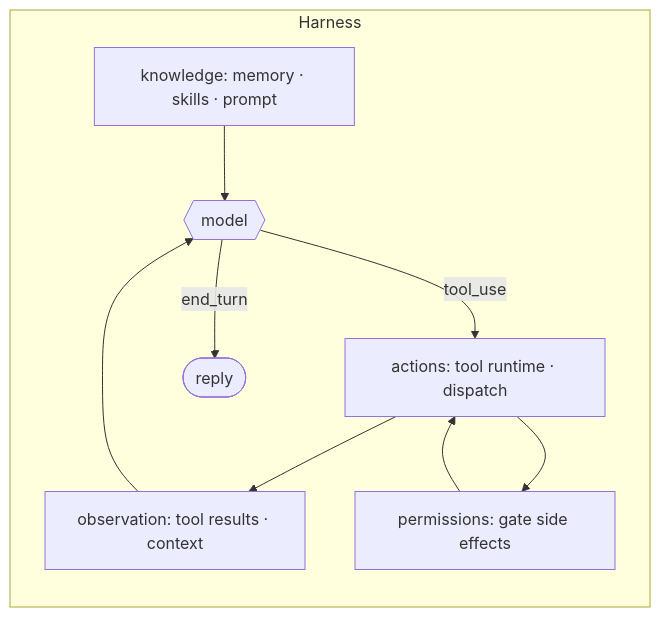
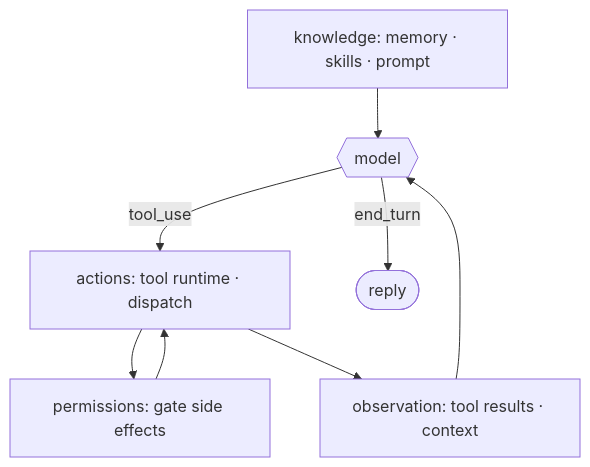
Before and after one commit to hardness1020/awesome-agent-architecture: the diagram in sections/00-harness-thesis/README.md, drawn with Mermaid. The commit also changed other lines of this file and 15 other files, not shown here.

````diff
--- a/sections/00-harness-thesis/README.md
+++ b/sections/00-harness-thesis/README.md
@@ -28,13 +20,10 @@
 ```mermaid
 flowchart TB
-    subgraph Harness
-      direction TB
-      K[knowledge: memory · skills · prompt] --> M
-      O[observation: tool results · context] --> M
-      M{{model}} -->|tool_use| A[actions: tool runtime · dispatch]
-      A --> P[permissions: gate side effects]
-      P --> A
-      A --> O
-      M -->|end_turn| D([reply])
-    end
+    K[knowledge: memory · skills · prompt] --> M
+    O[observation: tool results · context] --> M
+    M{{model}} -->|tool_use| A[actions: tool runtime · dispatch]
+    A --> P[permissions: gate side effects]
+    P --> A
+    A --> O
+    M -->|end_turn| D([reply])
 ```
````
